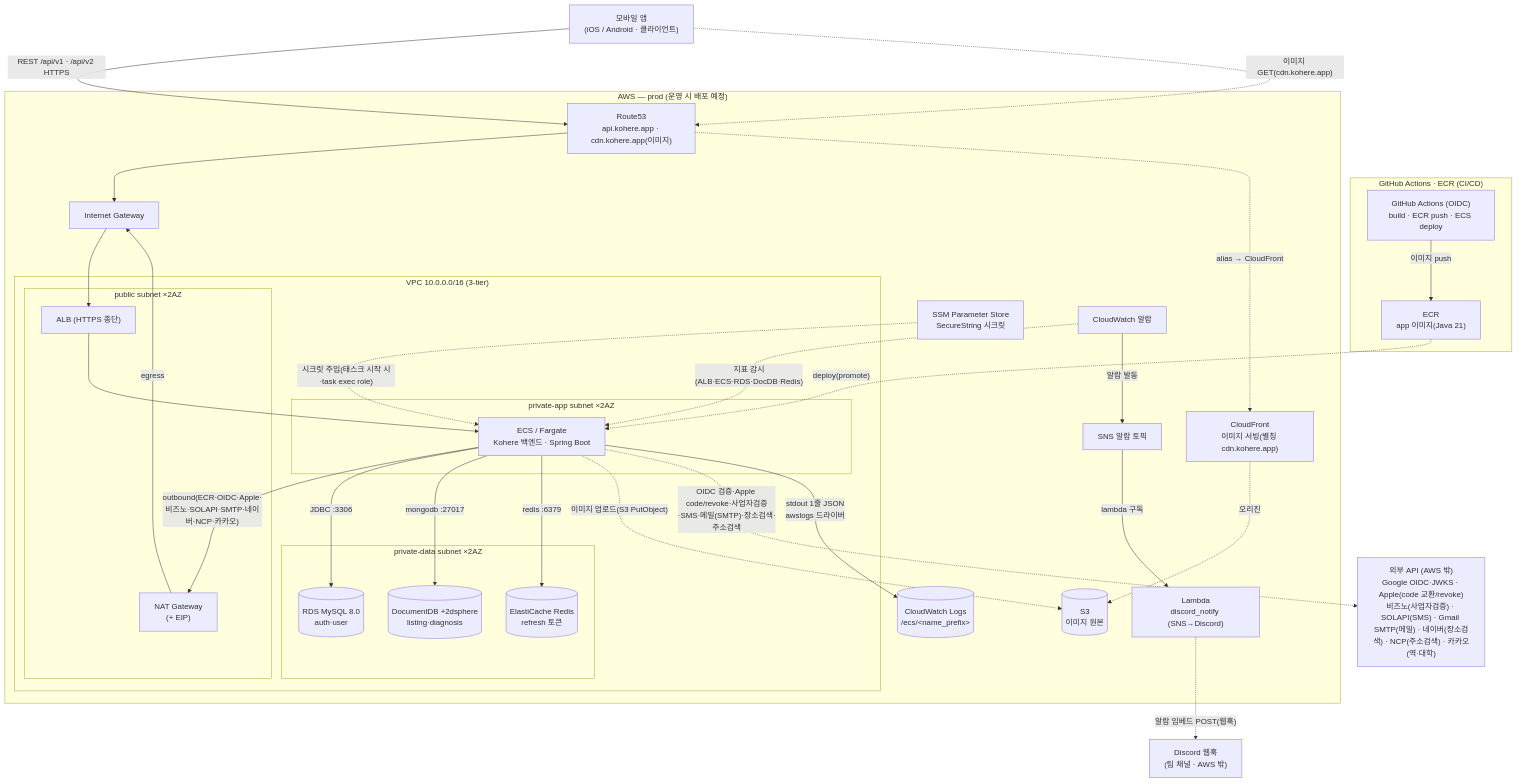
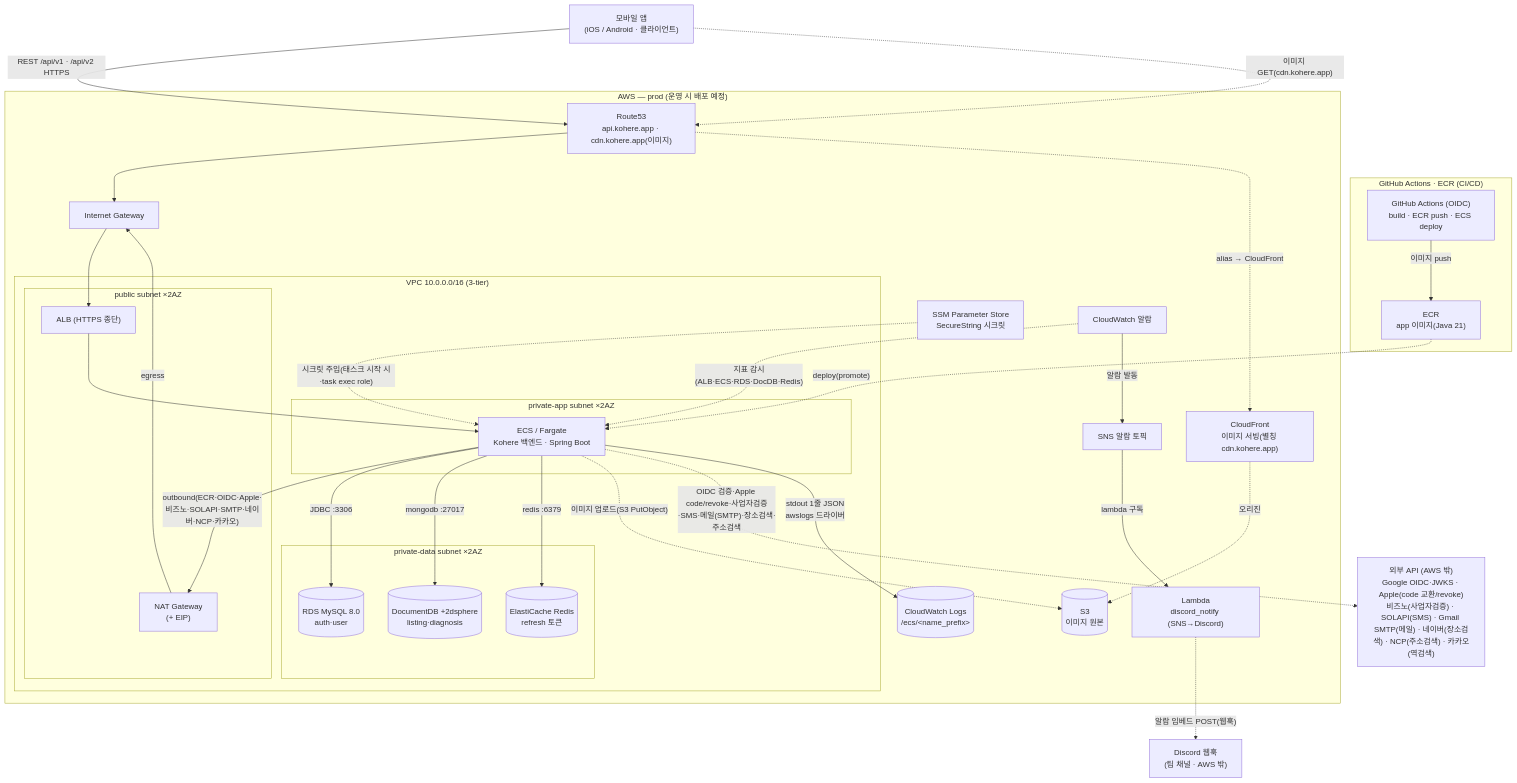
One commit to jameskim9509/Kohere-backend changed the fourth of 5 diagrams in docs/architecture/system-overview.md. Above: the diagram before and after it, drawn with Mermaid. The commit also changed other lines of this file and 24 other files, not shown here.

````diff
--- a/docs/architecture/system-overview.md
+++ b/docs/architecture/system-overview.md
@@ -214,60 +214,60 @@
 ```mermaid
 flowchart TB
     APP["모바일 앱<br/>(iOS / Android · 클라이언트)"]
-    EXT["외부 API (AWS 밖)<br/>Google OIDC·JWKS · Apple(code 교환/revoke)<br/>비즈노(사업자검증) · SOLAPI(SMS) · Gmail SMTP(메일) · 네이버(장소검색) · NCP(주소검색) · 카카오(역·대학)"]
+    EXT["외부 API (AWS 밖)<br/>Google OIDC·JWKS · Apple(code 교환/revoke)<br/>비즈노(사업자검증) · SOLAPI(SMS) · Gmail SMTP(메일) · 네이버(장소검색) · NCP(주소검색) · 카카오(역검색)"]
     DISCORD["Discord 웹훅<br/>(팀 채널 · AWS 밖)"]
 
     subgraph CICD["GitHub Actions · ECR (CI/CD)"]
       GHA["GitHub Actions (OIDC)<br/>build · ECR push · ECS deploy"]
       ECR["ECR<br/>app 이미지(Java 21)"]
     end
 
     subgraph AWS["AWS — prod (운영 시 배포 예정)"]
       R53["Route53<br/>api.kohere.app · cdn.kohere.app(이미지)"]
       CF["CloudFront<br/>이미지 서빙(별칭 cdn.kohere.app)"]
       S3IMG[("S3<br/>이미지 원본")]
       SSM["SSM Parameter Store<br/>SecureString 시크릿"]
       CW["CloudWatch 알람"]
       CWLOG[("CloudWatch Logs<br/>/ecs/&lt;name_prefix&gt;")]
       SNS["SNS 알람 토픽"]
       LMBD["Lambda<br/>discord_notify (SNS→Discord)"]
       IGW["Internet Gateway"]
       subgraph VPC["VPC 10.0.0.0/16 (3-tier)"]
         subgraph PUB["public subnet ×2AZ"]
           ALB["ALB (HTTPS 종단)"]
           NAT["NAT Gateway<br/>(+ EIP)"]
         end
         subgraph APPNET["private-app subnet ×2AZ"]
           FARGATE["ECS / Fargate<br/>Kohere 백엔드 · Spring Boot"]
         end
         subgraph DATANET["private-data subnet ×2AZ"]
           RDS[("RDS MySQL 8.0<br/>auth·user")]
           MONGO[("DocumentDB +2dsphere<br/>listing·diagnosis")]
           ELASTI[("ElastiCache Redis<br/>refresh 토큰")]
         end
       end
     end
 
     GHA -- "이미지 push" --> ECR
     ECR -. "deploy(promote)" .-> FARGATE
     APP -- "REST /api/v1 · /api/v2 HTTPS" --> R53
     R53 --> IGW
     IGW --> ALB
     ALB --> FARGATE
     FARGATE -- "outbound(ECR·OIDC·Apple·비즈노·SOLAPI·SMTP·네이버·NCP·카카오)" --> NAT
     NAT -- "egress" --> IGW
     SSM -. "시크릿 주입(태스크 시작 시·task exec role)" .-> FARGATE
     FARGATE -- "JDBC :3306" --> RDS
     FARGATE -- "mongodb :27017" --> MONGO
     FARGATE -- "redis :6379" --> ELASTI
     FARGATE -. "이미지 업로드(S3 PutObject)" .-> S3IMG
     CF -. "오리진" .-> S3IMG
     APP -. "이미지 GET(cdn.kohere.app)" .-> R53
     R53 -. "alias → CloudFront" .-> CF
     FARGATE -. "OIDC 검증·Apple code/revoke·사업자검증·SMS·메일(SMTP)·장소검색·주소검색" .-> EXT
     CW -. "지표 감시(ALB·ECS·RDS·DocDB·Redis)" .-> FARGATE
     FARGATE -- "stdout 1줄 JSON<br/>awslogs 드라이버" --> CWLOG
     CW -- "알람 발동" --> SNS
     SNS -- "lambda 구독" --> LMBD
     LMBD -. "알람 임베드 POST(웹훅)" .-> DISCORD
 ```
````
